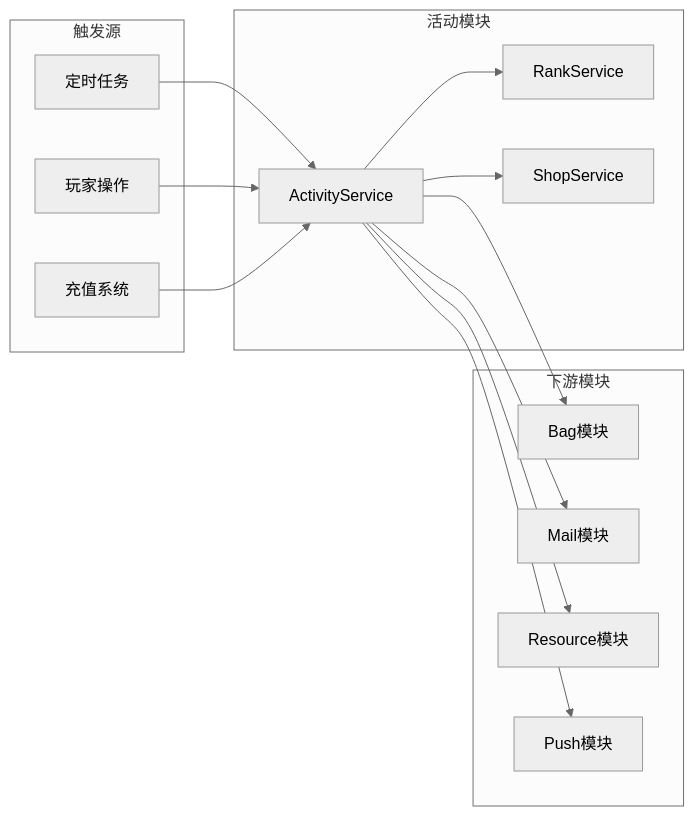
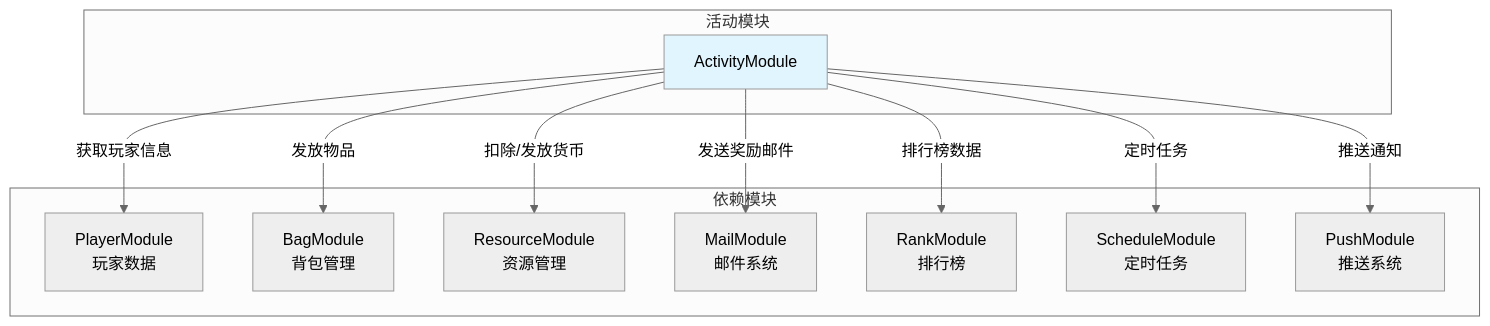
Before and after one commit to Alan-Ben/k2c_game_framework: diagram 11 of 12 in docs/Module_Activity/06_实现细节.md, drawn with Mermaid (neutral theme). The commit also changed other lines of this file and 75 other files, not shown here.

Commit message:
docs: 完善模块文档 - Player, Hero, Quest, Bag, Guild, Arena, Building, Activity + 模块关联梳理

````diff
--- a/docs/Module_Activity/06_实现细节.md
+++ b/docs/Module_Activity/06_实现细节.md
@@ -518,33 +1976,26 @@
 ```mermaid
-flowchart LR
-    subgraph 触发源
-        A[定时任务]
-        B[玩家操作]
-        C[充值系统]
+flowchart TB
+    subgraph 活动模块
+        A[ActivityModule]
     end
-
-    subgraph 活动模块
-        D[ActivityService]
-        E[RankService]
-        F[ShopService]
+    
+    subgraph 依赖模块
+        B[PlayerModule<br/>玩家数据]
+        C[BagModule<br/>背包管理]
+        D[ResourceModule<br/>资源管理]
+        E[MailModule<br/>邮件系统]
+        F[RankModule<br/>排行榜]
+        G[ScheduleModule<br/>定时任务]
+        H[PushModule<br/>推送系统]
     end
-
-    subgraph 下游模块
-        G[Bag模块]
-        H[Mail模块]
-        I[Resource模块]
-        J[Push模块]
-    end
-
-    A --> D
-    B --> D
-    C --> D
-
-    D --> E
-    D --> F
-
-    D --> G
-    D --> H
-    D --> I
-    D --> J
+    
+    A -->|获取玩家信息| B
+    A -->|发放物品| C
+    A -->|扣除/发放货币| D
+    A -->|发送奖励邮件| E
+    A -->|排行榜数据| F
+    A -->|定时任务| G
+    A -->|推送通知| H
+    
+    style A fill:#e1f5ff
 ```
````
